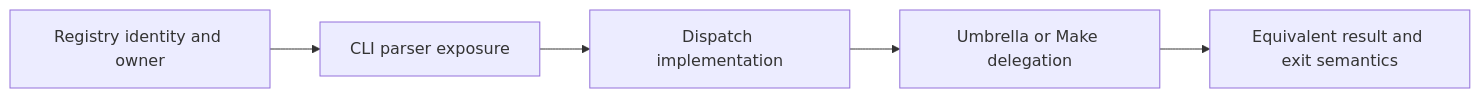
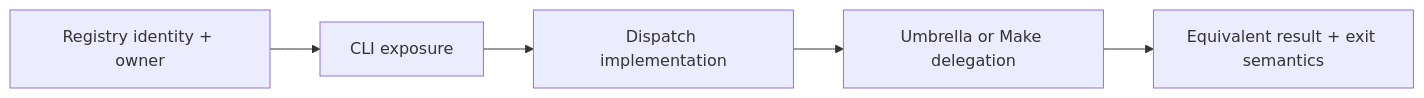
Before and after one commit to bijux/bijux-atlas: the first of 2 diagrams in docs/bijux-atlas-dev/automation/index.md, drawn with Mermaid. The commit also changed other lines of this file and 2 other files, not shown here.

````diff
--- a/docs/bijux-atlas-dev/automation/index.md
+++ b/docs/bijux-atlas-dev/automation/index.md
@@ -46,7 +19,7 @@
 ```mermaid
 flowchart LR
-    Registry[Registry identity and owner] --> Parser[CLI parser exposure]
+    Registry[Registry identity + owner] --> Parser[CLI exposure]
     Parser --> Dispatch[Dispatch implementation]
     Dispatch --> Wrapper[Umbrella or Make delegation]
-    Wrapper --> Behavior[Equivalent result and exit semantics]
+    Wrapper --> Result[Equivalent result + exit semantics]
 ```
````
